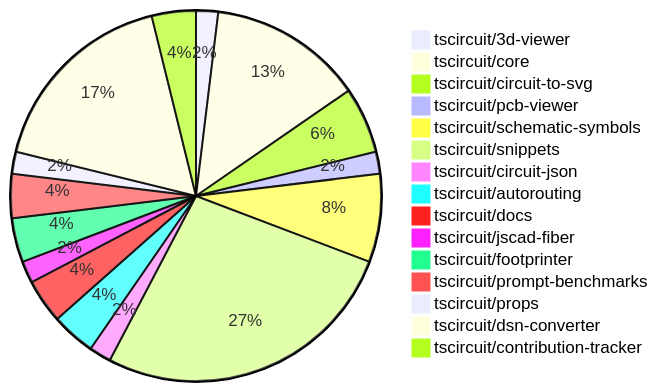
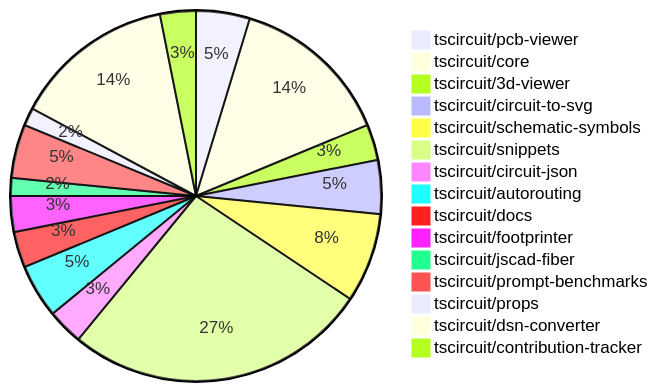
The diagram in README.md (tscircuit/contribution-tracker), drawn with Mermaid before and after one commit. The commit also changed other lines of this file and 1 other file, not shown here.

````diff
--- a/README.md
+++ b/README.md
@@ -24,18 +24,18 @@
 ```mermaid
 pie
-    "tscircuit/3d-viewer" : 1
-    "tscircuit/core" : 7
+    "tscircuit/pcb-viewer" : 3
+    "tscircuit/core" : 9
+    "tscircuit/3d-viewer" : 2
     "tscircuit/circuit-to-svg" : 3
-    "tscircuit/pcb-viewer" : 1
-    "tscircuit/schematic-symbols" : 4
-    "tscircuit/snippets" : 14
-    "tscircuit/circuit-json" : 1
-    "tscircuit/autorouting" : 2
+    "tscircuit/schematic-symbols" : 5
+    "tscircuit/snippets" : 17
+    "tscircuit/circuit-json" : 2
+    "tscircuit/autorouting" : 3
     "tscircuit/docs" : 2
+    "tscircuit/footprinter" : 2
     "tscircuit/jscad-fiber" : 1
-    "tscircuit/footprinter" : 2
-    "tscircuit/prompt-benchmarks" : 2
+    "tscircuit/prompt-benchmarks" : 3
     "tscircuit/props" : 1
     "tscircuit/dsn-converter" : 9
     "tscircuit/contribution-tracker" : 2
 ```
````
